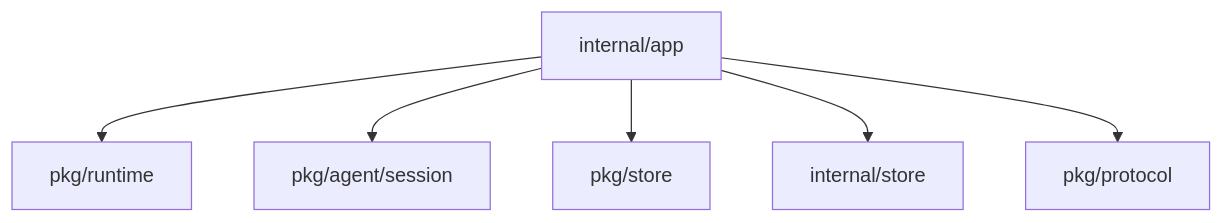
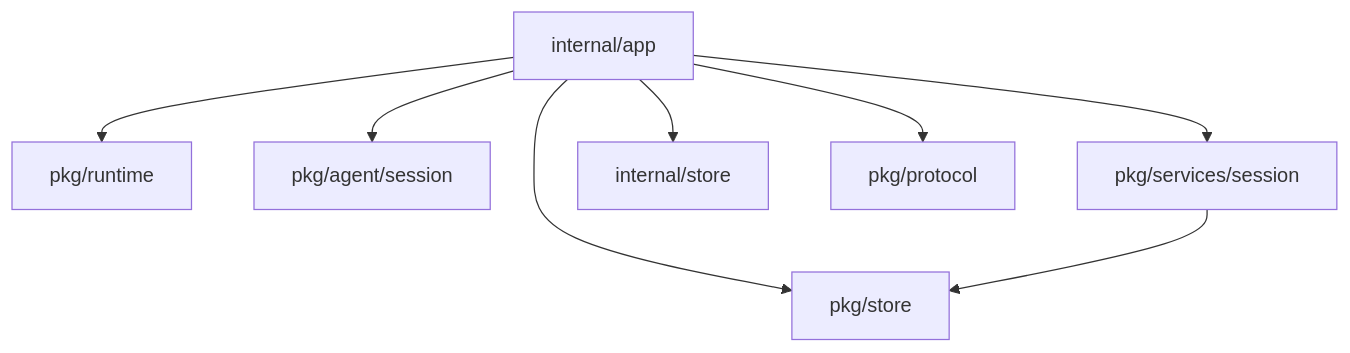
The first of 3 diagrams in workbench-core/docs/architecture/internal-app.md (tinoosan/agen8), drawn with Mermaid before and after one commit. The commit also changed other lines of this file and 19 other files, not shown here.

Commit message:
refactor: Integrate session management service into daemon and RPC components, ensuring all session and run data is accessed through the new service. Update documentation to reflect architectural changes and enhance clarity on session lifecycle management.

````diff
--- a/workbench-core/docs/architecture/internal-app.md
+++ b/workbench-core/docs/architecture/internal-app.md
@@ -14,8 +17,11 @@
 ```mermaid
 graph TD
     internal_app["internal/app"] --> pkg_runtime["pkg/runtime"]
     internal_app --> pkg_session["pkg/agent/session"]
     internal_app --> pkg_store["pkg/store"]
+    internal_app --> pkg_services_session["pkg/services/session"]
     internal_app --> internal_store["internal/store"]
     internal_app --> pkg_protocol["pkg/protocol"]
+
+    pkg_services_session --> pkg_store
 ```
````
